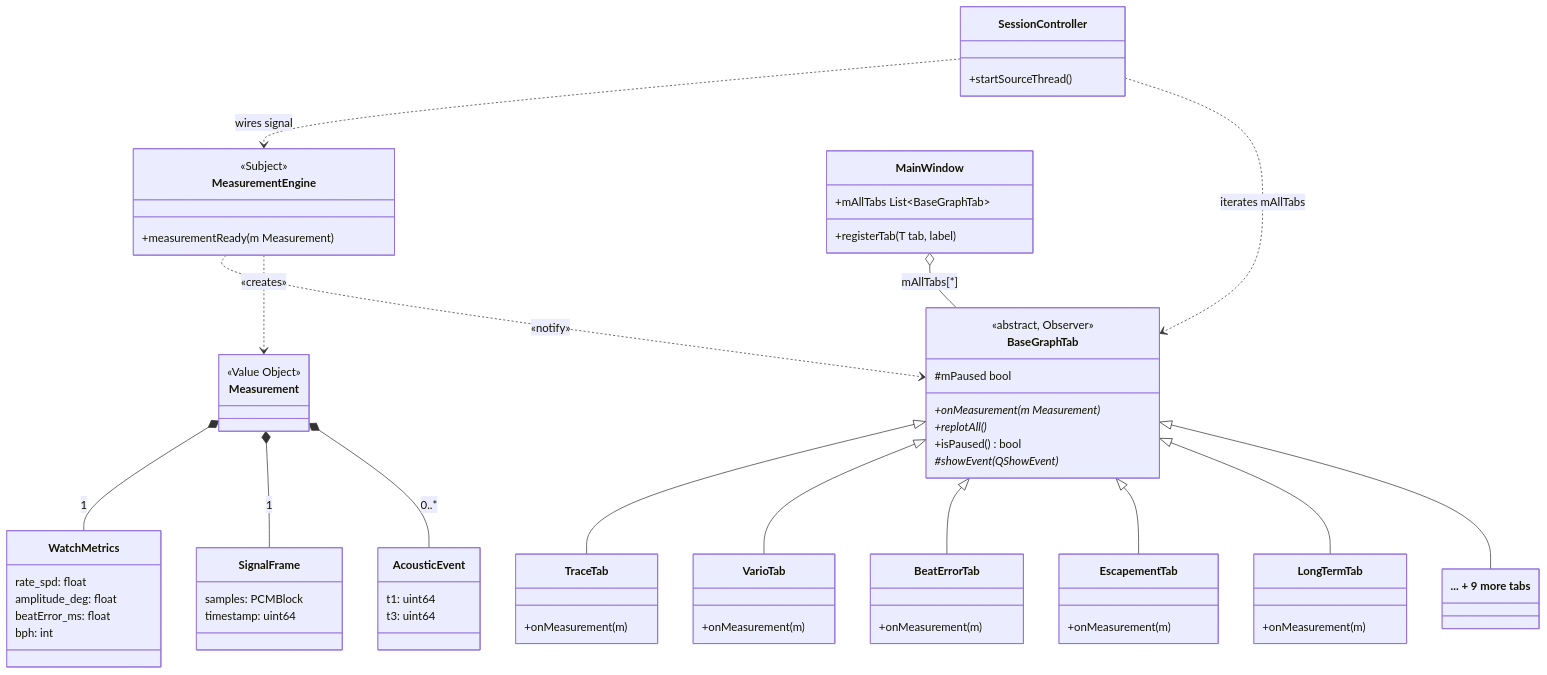
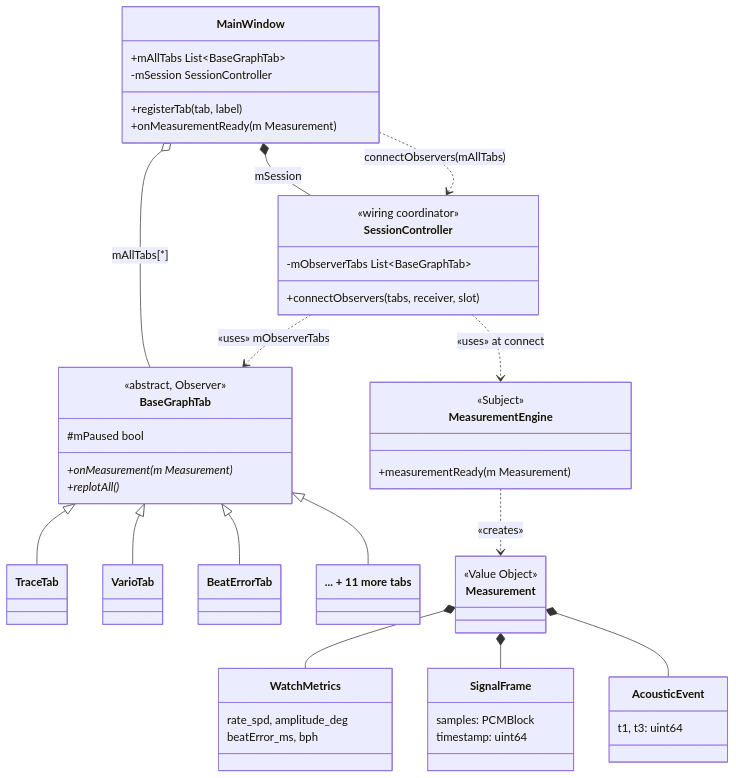
One commit to Ji-Min-Lee/2026-3-sw-architect-studio-project changed the diagram in docs/milestone2/final/references/views/view-decomposition-graph-tab.md. Above: the diagram before and after it, drawn with Mermaid. The commit also changed other lines of this file and 3 other files, not shown here.

First line of the commit message:
docs(m2): add Observer runtime sequence and sync 2-B view docs

````diff
--- a/docs/milestone2/final/references/views/view-decomposition-graph-tab.md
+++ b/docs/milestone2/final/references/views/view-decomposition-graph-tab.md
@@ -13,60 +11,56 @@
 ```mermaid
 classDiagram
     class MeasurementEngine {
         <<Subject>>
         +measurementReady(m Measurement)
     }
     class BaseGraphTab {
         <<abstract, Observer>>
         +onMeasurement(m Measurement)*
         +replotAll()*
-        +isPaused() bool
         #mPaused bool
-        #showEvent(QShowEvent)*
     }
-    class TraceTab { +onMeasurement(m) }
-    class VarioTab { +onMeasurement(m) }
-    class BeatErrorTab { +onMeasurement(m) }
-    class EscapementTab { +onMeasurement(m) }
-    class LongTermTab { +onMeasurement(m) }
-    class OtherTabs["... + 9 more tabs"]
+    class TraceTab
+    class VarioTab
+    class BeatErrorTab
+    class OtherTabs["... + 11 more tabs"]
     class Measurement {
         <<Value Object>>
     }
     class WatchMetrics {
-        rate_spd: float
-        amplitude_deg: float
-        beatError_ms: float
-        bph: int
+        rate_spd, amplitude_deg
+        beatError_ms, bph
     }
     class SignalFrame {
         samples: PCMBlock
         timestamp: uint64
     }
     class AcousticEvent {
-        t1: uint64
-        t3: uint64
+        t1, t3: uint64
     }
     class MainWindow {
         +mAllTabs List~BaseGraphTab~
-        +registerTab(T tab, label)
+        +registerTab(tab, label)
+        +onMeasurementReady(m Measurement)
+        -mSession SessionController
     }
     class SessionController {
-        +startSourceThread()
+        <<wiring coordinator>>
+        +connectObservers(tabs, receiver, slot)
+        -mObserverTabs List~BaseGraphTab~
     }
 
-    MeasurementEngine ..> BaseGraphTab : «notify»
     MeasurementEngine ..> Measurement : «creates»
-    SessionController ..> MeasurementEngine : wires signal
-    SessionController ..> BaseGraphTab : iterates mAllTabs
-    Measurement *-- WatchMetrics : 1
-    Measurement *-- SignalFrame : 1
-    Measurement *-- AcousticEvent : 0..*
+    Measurement *-- WatchMetrics
+    Measurement *-- SignalFrame
+    Measurement *-- AcousticEvent
     BaseGraphTab <|-- TraceTab
     BaseGraphTab <|-- VarioTab
     BaseGraphTab <|-- BeatErrorTab
-    BaseGraphTab <|-- EscapementTab
-    BaseGraphTab <|-- LongTermTab
     BaseGraphTab <|-- OtherTabs
     MainWindow o-- BaseGraphTab : mAllTabs[*]
+    MainWindow *-- SessionController : mSession
+    MainWindow ..> SessionController : connectObservers(mAllTabs)
+    SessionController ..> BaseGraphTab : «uses» mObserverTabs
+    SessionController ..> MeasurementEngine : «uses» at connect
 ```
````
